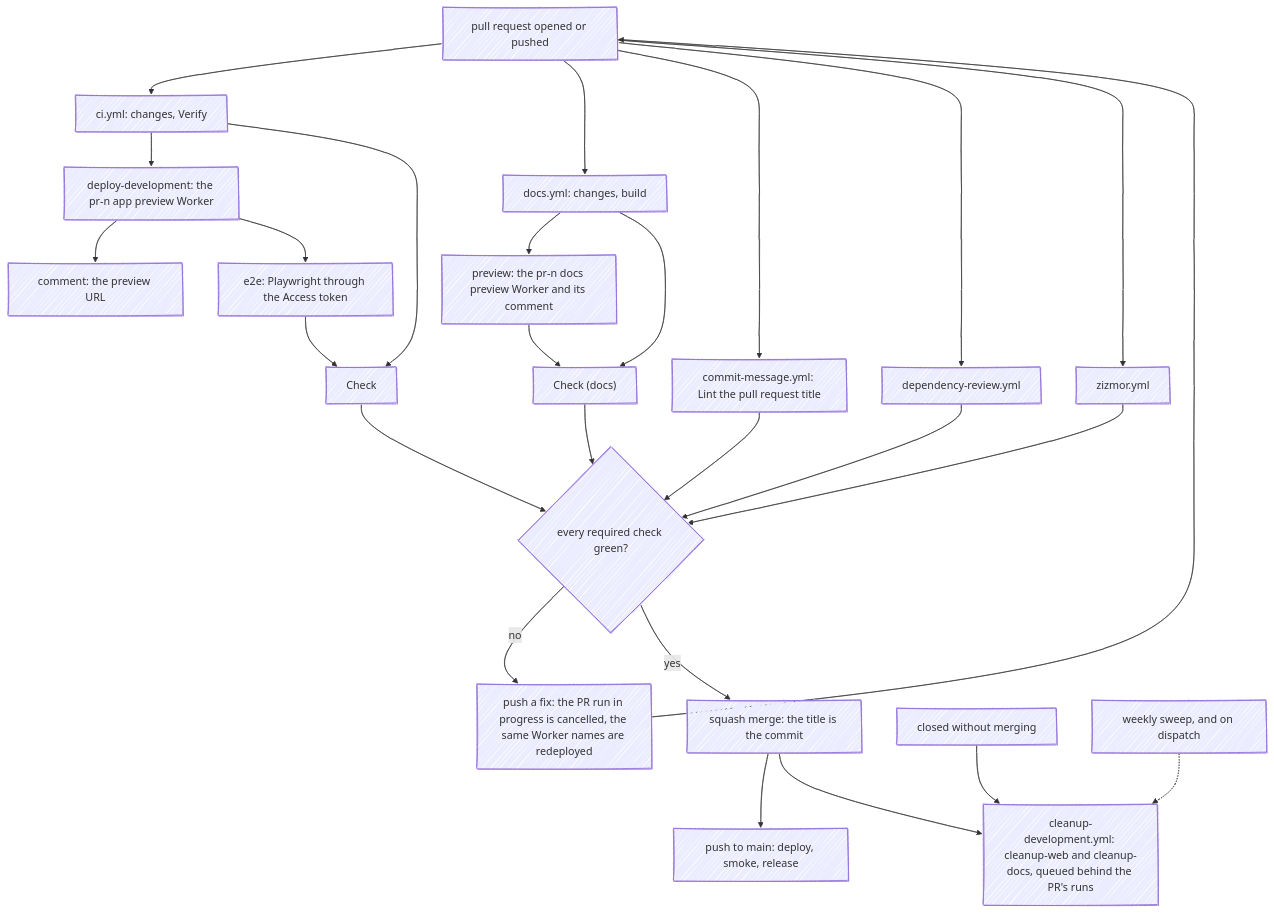
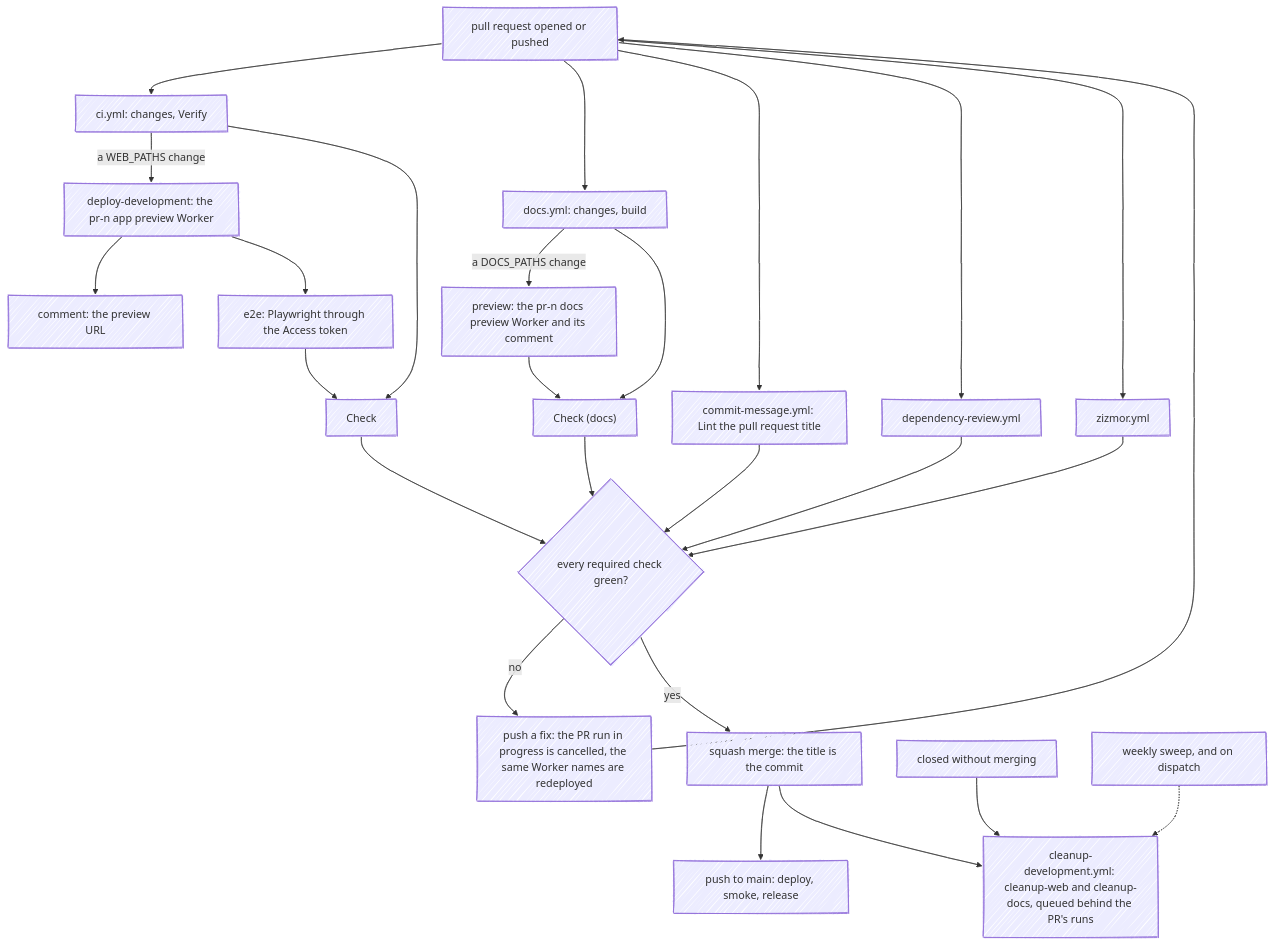
The third of 3 diagrams in apps/docs/src/content/docs/infra/workflows.mdx (fbuireu/forever-pto), drawn with Mermaid before and after one commit. The commit also changed other lines of this file and 5 other files, not shown here.

````diff
--- a/apps/docs/src/content/docs/infra/workflows.mdx
+++ b/apps/docs/src/content/docs/infra/workflows.mdx
@@ -142,25 +142,25 @@
 ```mermaid
 ---
 config:
   look: handDrawn
   layout: dagre
 ---
 flowchart TD
   PUSH["pull request opened or pushed"] --> CIW & DOCW & TITLE & DEPR & ZZ
-  CIW["ci.yml: changes, Verify"] --> DD["deploy-development: the pr-n app preview Worker"]
+  CIW["ci.yml: changes, Verify"] -->|"a WEB_PATHS change"| DD["deploy-development: the pr-n app preview Worker"]
   DD --> CMT["comment: the preview URL"]
   DD --> E2E["e2e: Playwright through the Access token"]
-  DOCW["docs.yml: changes, build"] --> DPV["preview: the pr-n docs preview Worker and its comment"]
+  DOCW["docs.yml: changes, build"] -->|"a DOCS_PATHS change"| DPV["preview: the pr-n docs preview Worker and its comment"]
   TITLE["commit-message.yml: Lint the pull request title"]
   DEPR["dependency-review.yml"]
   ZZ["zizmor.yml"]
   CIW & E2E --> CK["Check"]
   DOCW & DPV --> CKD["Check (docs)"]
   CK & CKD & TITLE & DEPR & ZZ --> REQ{"every required check green?"}
   REQ -- "no" --> FIX["push a fix: the PR run in progress is cancelled, the same Worker names are redeployed"]
   FIX --> PUSH
   REQ -- "yes" --> MERGE["squash merge: the title is the commit"]
   MERGE --> MAIN["push to main: deploy, smoke, release"]
   MERGE & CLOSED["closed without merging"] --> CLEAN["cleanup-development.yml: cleanup-web and cleanup-docs, queued behind the PR's runs"]
   SWEEP["weekly sweep, and on dispatch"] -.-> CLEAN
 ```
````
